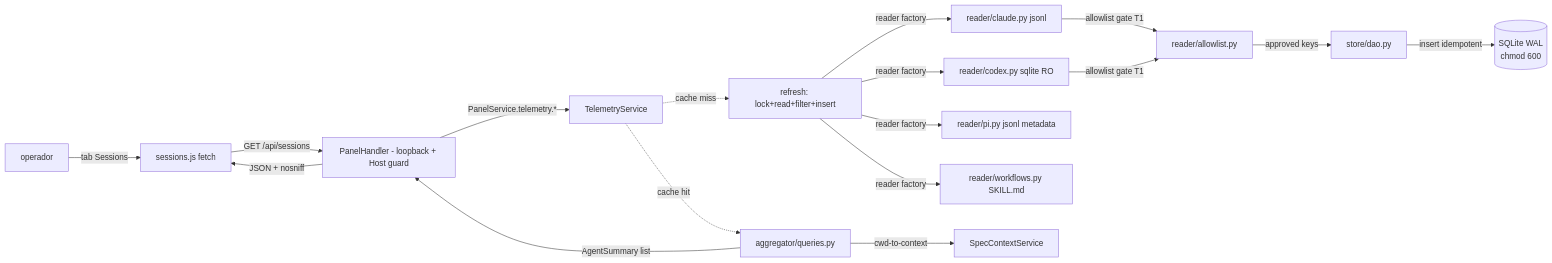
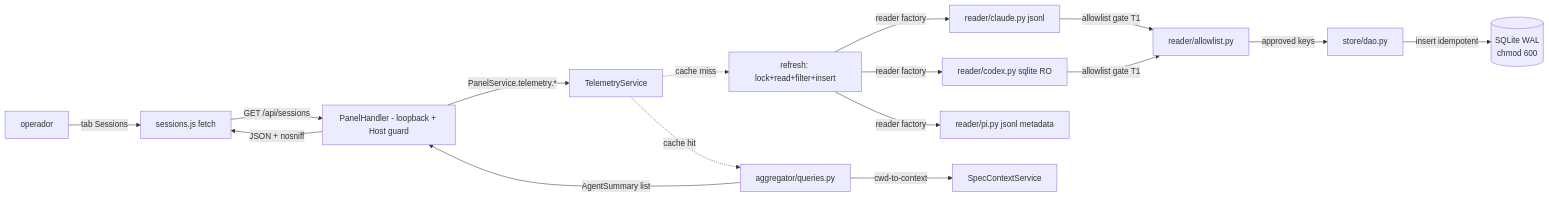
Before and after one commit to marcoaureliomenezes/dadaia-workspace: the diagram in specs/memory/product/agents/agent-monitoring.md, drawn with Mermaid. The commit also changed other lines of this file and 16 other files, not shown here.

````diff
--- a/specs/memory/product/agents/agent-monitoring.md
+++ b/specs/memory/product/agents/agent-monitoring.md
@@ -43,19 +43,18 @@
 ```mermaid
 flowchart LR
     OP[operador] -->|tab Sessions| JS[sessions.js fetch]
     JS -->|GET /api/sessions| H[PanelHandler - loopback + Host guard]
     H -->|PanelService.telemetry.*| SVC[TelemetryService]
     SVC -.cache miss.-> RFR[refresh: lock+read+filter+insert]
     RFR -->|reader factory| CR[reader/claude.py jsonl]
     RFR -->|reader factory| CX[reader/codex.py sqlite RO]
     RFR -->|reader factory| PIr[reader/pi.py jsonl metadata]
-    RFR -->|reader factory| WF[reader/workflows.py SKILL.md]
     CR -->|allowlist gate T1| ALW[reader/allowlist.py]
     CX -->|allowlist gate T1| ALW
     ALW -->|approved keys| DAO[store/dao.py]
     DAO -->|insert idempotent| DB[(SQLite WAL\nchmod 600)]
     SVC -.cache hit.-> AGG[aggregator/queries.py]
     AGG -->|cwd-to-context| SCS[SpecContextService]
     AGG -->|AgentSummary list| H
     H -->|JSON + nosniff| JS
 ```
````
